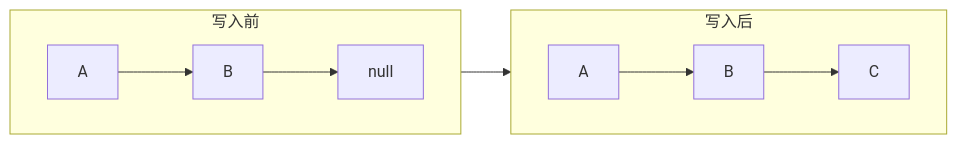
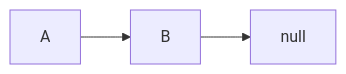
The diagram in source/images/Java-concurrency/IMG-20260707-000124.mmd (rebibabo/rebibabo.github.io), drawn with Mermaid before and after one commit. The commit also changed 197 other files, not shown here.

```diff
--- a/source/images/Java-concurrency/IMG-20260707-000124.mmd
+++ b/source/images/Java-concurrency/IMG-20260707-000124.mmd
@@ -1,10 +1,2 @@
-flowchart LR
-    subgraph 写入前
-        direction LR
-        Ab["A"] --> Bb["B"] --> nullb["null"]
-    end
-    subgraph 写入后
-        direction LR
-        Aa["A"] --> Ba["B"] --> Ca["C"]
-    end
-    nullb --> Aa
+graph LR
+    A1["A"] --> B1["B"] --> null1["null"]
```
